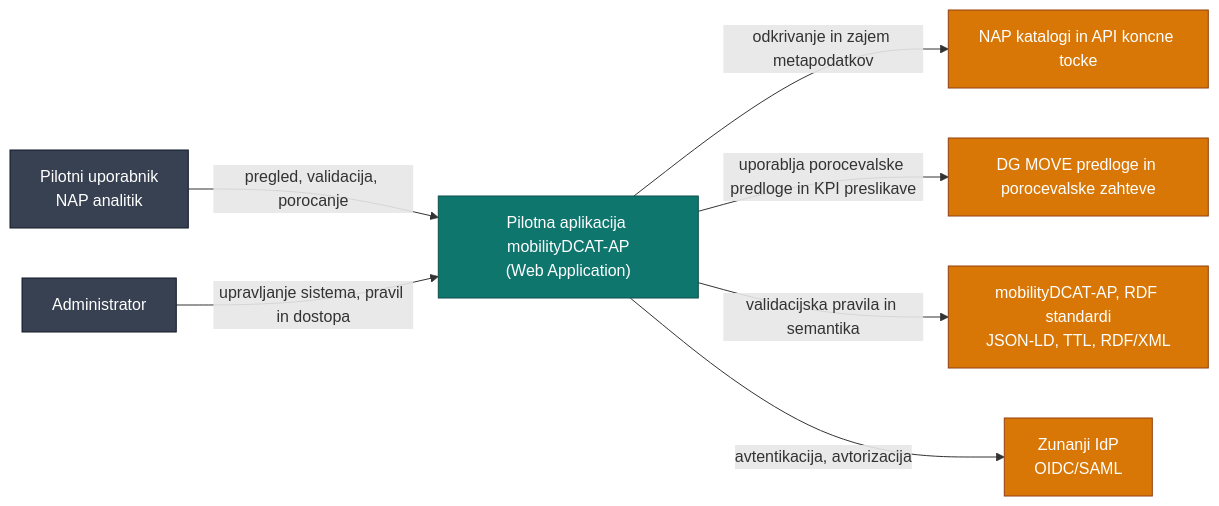
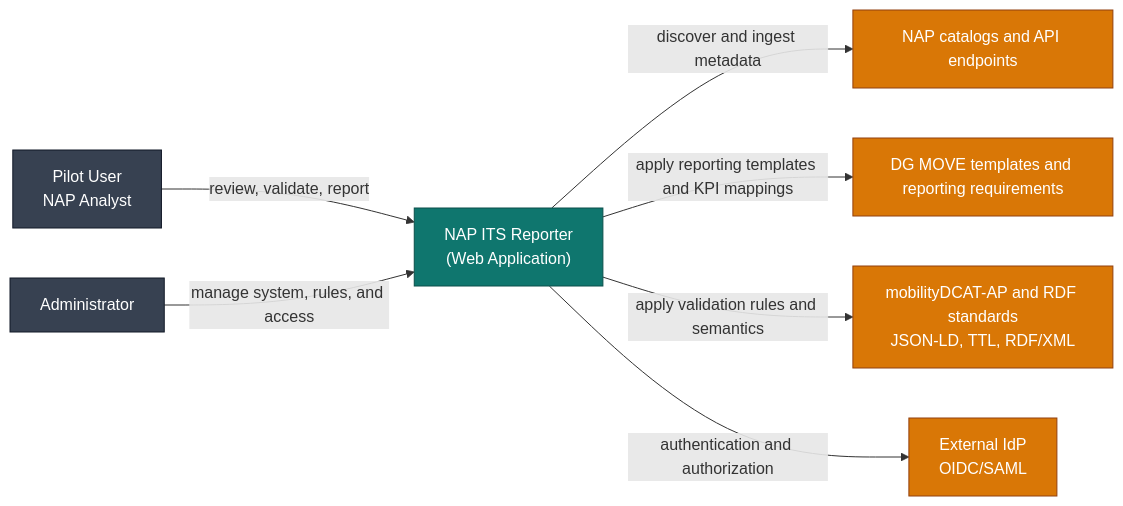
Before and after one commit to UM-KGPI/Napcore-ITS-Reporting: the first of 4 diagrams in Napcore-ITS-Reporting/docs/architecture/c4-design.md, drawn with Mermaid. The commit also changed other lines of this file and 5 other files, not shown here.

Commit message:
Rename app to NAP ITS Reporter and switch diagram labels to English

````diff
--- a/Napcore-ITS-Reporting/docs/architecture/c4-design.md
+++ b/Napcore-ITS-Reporting/docs/architecture/c4-design.md
@@ -9,24 +9,24 @@
 ```mermaid
 flowchart LR
     classDef system fill:#0b3d91,stroke:#08295f,color:#fff
     classDef app fill:#0f766e,stroke:#0a4f4a,color:#fff
     classDef ext fill:#d97706,stroke:#92400e,color:#fff
     classDef user fill:#374151,stroke:#111827,color:#fff
 
-    U1[Pilotni uporabnik\nNAP analitik]:::user
+    U1[Pilot User\nNAP Analyst]:::user
     U2[Administrator]:::user
 
-    APP["Pilotna aplikacija mobilityDCAT-AP\n(Web Application)"]:::app
+    APP["NAP ITS Reporter\n(Web Application)"]:::app
 
-    NAP[NAP katalogi in API koncne tocke]:::ext
-    DGMOVE[DG MOVE predloge in porocevalske zahteve]:::ext
-    STD[mobilityDCAT-AP, RDF standardi\nJSON-LD, TTL, RDF/XML]:::ext
-    IDP[Zunanji IdP\nOIDC/SAML]:::ext
+    NAP[NAP catalogs and API endpoints]:::ext
+    DGMOVE[DG MOVE templates and reporting requirements]:::ext
+    STD[mobilityDCAT-AP and RDF standards\nJSON-LD, TTL, RDF/XML]:::ext
+    IDP[External IdP\nOIDC/SAML]:::ext
 
-    U1 -->|pregled, validacija, porocanje| APP
-    U2 -->|upravljanje sistema, pravil in dostopa| APP
-    APP -->|odkrivanje in zajem metapodatkov| NAP
-    APP -->|uporablja porocevalske predloge in KPI preslikave| DGMOVE
-    APP -->|validacijska pravila in semantika| STD
-    APP -->|avtentikacija, avtorizacija| IDP
+    U1 -->|review, validate, report| APP
+    U2 -->|manage system, rules, and access| APP
+    APP -->|discover and ingest metadata| NAP
+    APP -->|apply reporting templates and KPI mappings| DGMOVE
+    APP -->|apply validation rules and semantics| STD
+    APP -->|authentication and authorization| IDP
 ```
````
